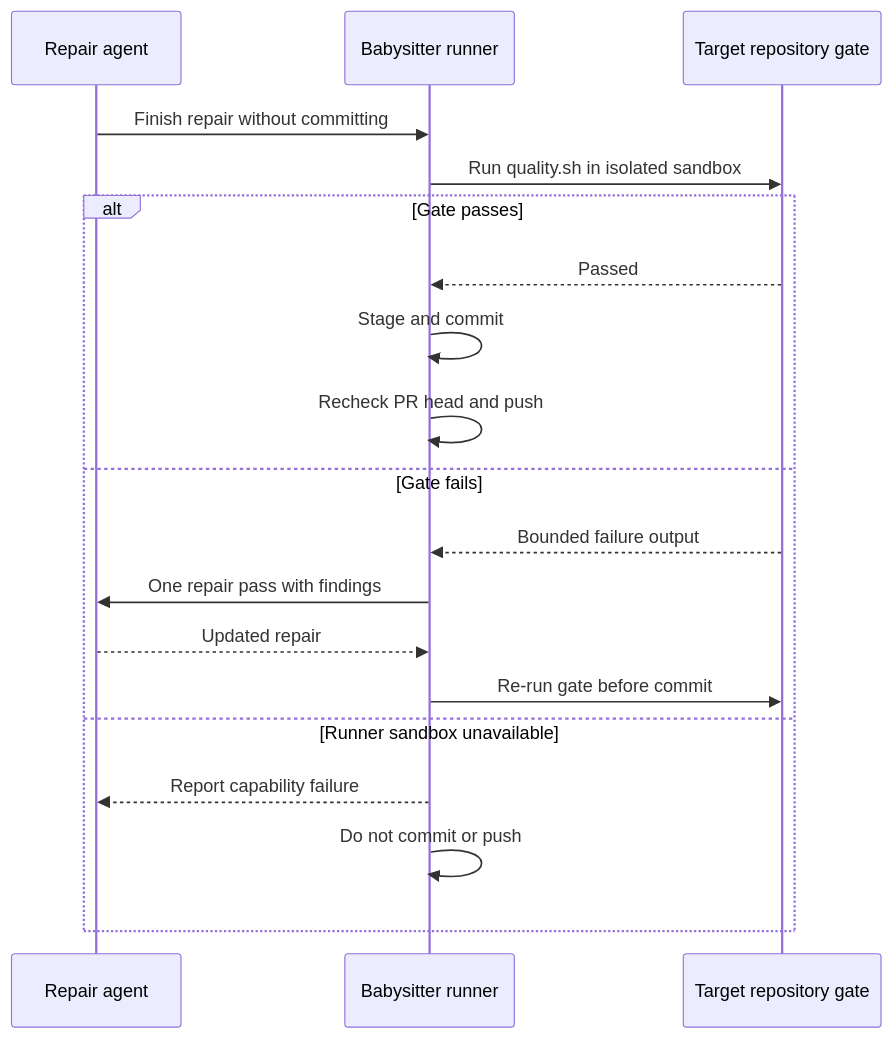
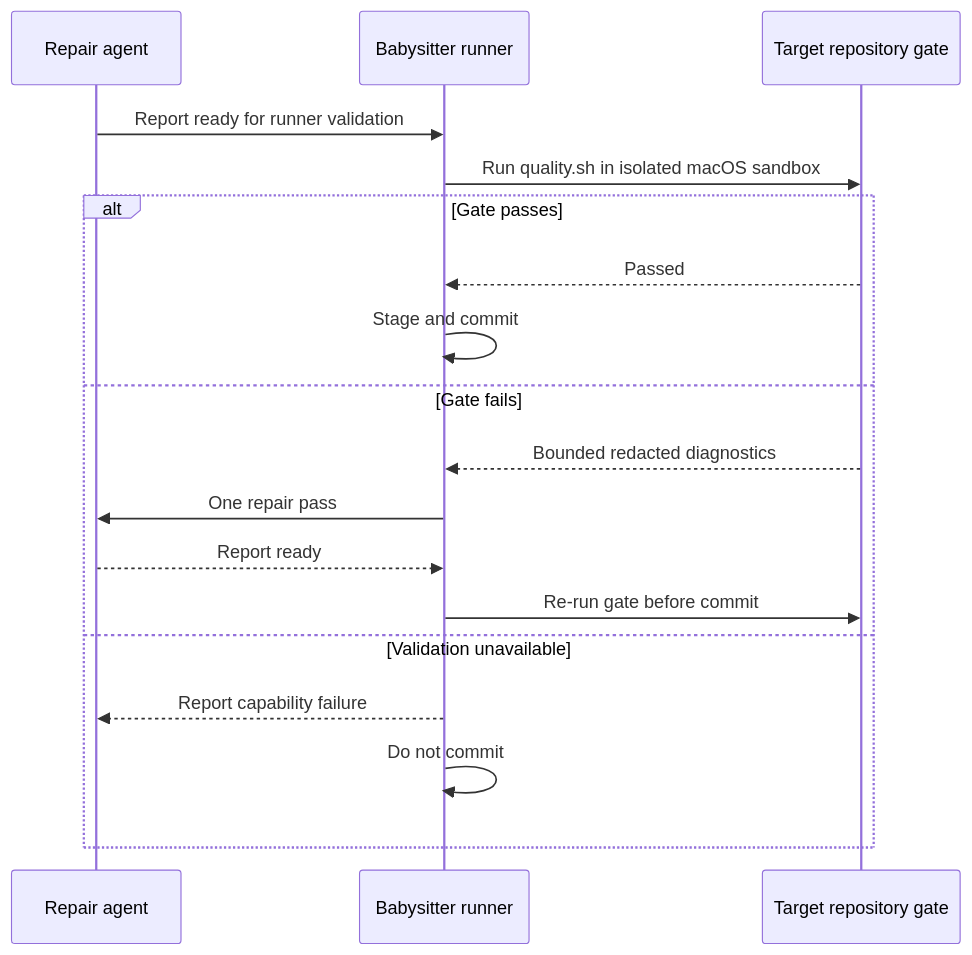
Before and after one commit to stSoftwareAU/VibeCoder: the diagram in docs/archive/pr-summaries/pr-summary-4674.md, drawn with Mermaid. The commit also changed other lines of this file, not shown here.

First line of the commit message:
Refresh babysitter validation summary for #4674

````diff
--- a/docs/archive/pr-summaries/pr-summary-4674.md
+++ b/docs/archive/pr-summaries/pr-summary-4674.md
@@ -45,21 +41,20 @@
 ```mermaid
 sequenceDiagram
     participant A as Repair agent
     participant R as Babysitter runner
     participant G as Target repository gate
-    A->>R: Finish repair without committing
-    R->>G: Run quality.sh in isolated sandbox
+    A->>R: Report ready for runner validation
+    R->>G: Run quality.sh in isolated macOS sandbox
     alt Gate passes
         G-->>R: Passed
         R->>R: Stage and commit
-        R->>R: Recheck PR head and push
     else Gate fails
-        G-->>R: Bounded failure output
-        R->>A: One repair pass with findings
-        A-->>R: Updated repair
+        G-->>R: Bounded redacted diagnostics
+        R->>A: One repair pass
+        A-->>R: Report ready
         R->>G: Re-run gate before commit
-    else Runner sandbox unavailable
+    else Validation unavailable
         R-->>A: Report capability failure
-        R->>R: Do not commit or push
+        R->>R: Do not commit
     end
 ```
````
